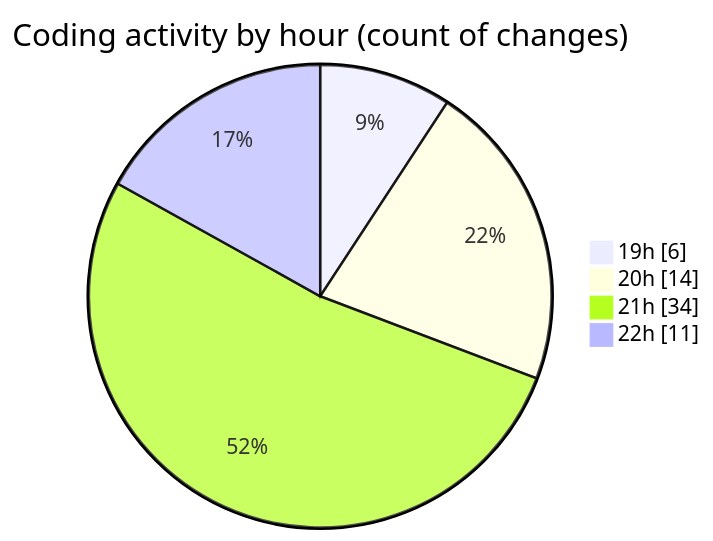
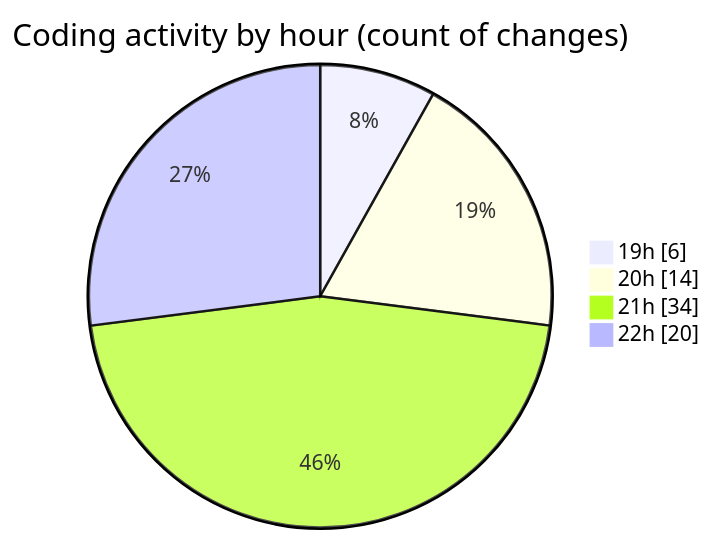
The second of 2 diagrams in 2025-09-13/new_folder/README.md (IJAZ3593/code-tracking), drawn with Mermaid before and after one commit. The commit also changed other lines of this file and 1 other file, not shown here.

````diff
--- a/2025-09-13/new_folder/README.md
+++ b/2025-09-13/new_folder/README.md
@@ -35,8 +35,8 @@
 ```mermaid
 pie showData
 title Coding activity by hour (count of changes)
 "19h" : 6
 "20h" : 14
 "21h" : 34
-"22h" : 11
+"22h" : 20
 ```
````
